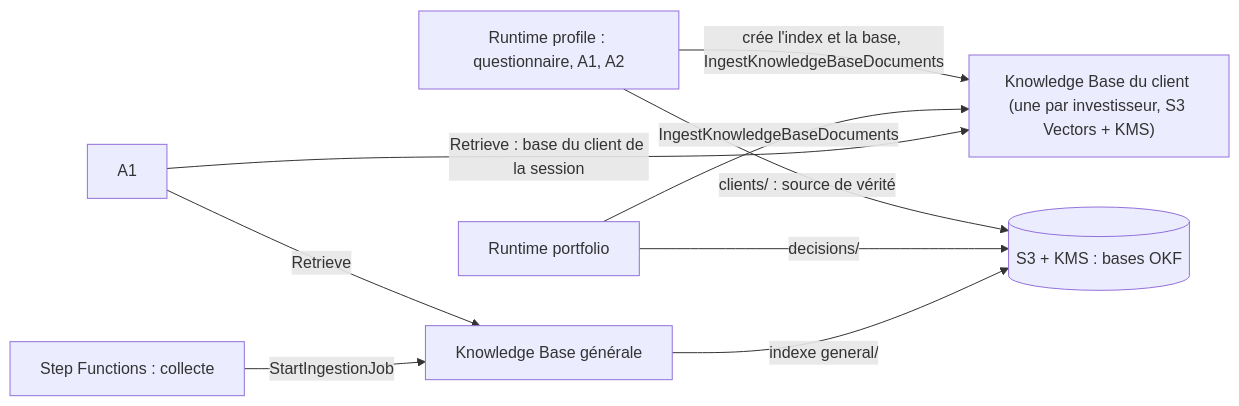
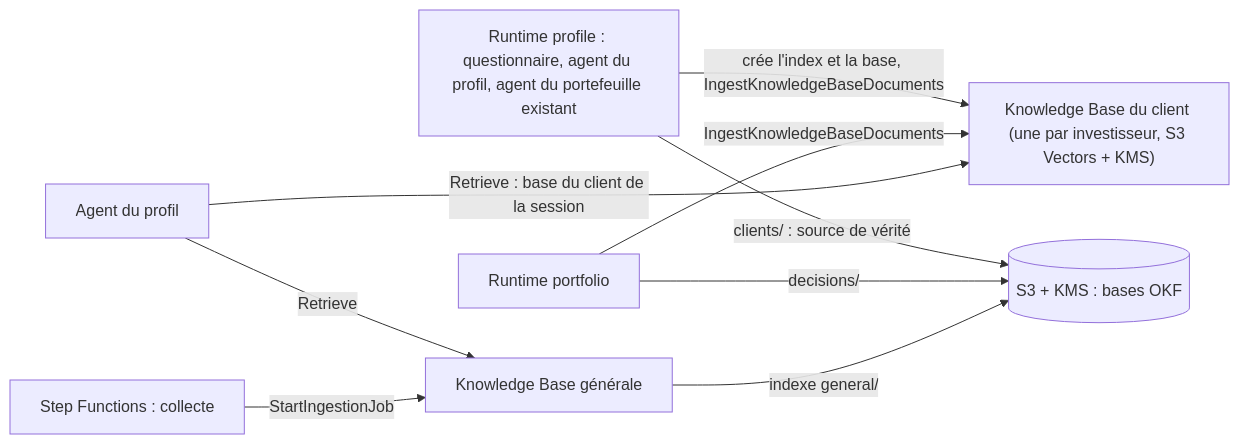
Before and after one commit to sf-bit24/alphaforge-polyfinances-2026: the diagram in README.md, drawn with Mermaid. The commit also changed other lines of this file and 7 other files, not shown here.

````diff
--- a/README.md
+++ b/README.md
@@ -37,11 +37,11 @@
 ```mermaid
 flowchart LR
-    P["Runtime profile : questionnaire, A1, A2"] -->|"clients/ : source de vérité"| S3[("S3 + KMS : bases OKF")]
+    P["Runtime profile : questionnaire, agent du profil, agent du portefeuille existant"] -->|"clients/ : source de vérité"| S3[("S3 + KMS : bases OKF")]
     PF["Runtime portfolio"] -->|"decisions/"| S3
     P -->|"crée l'index et la base, IngestKnowledgeBaseDocuments"| CKB["Knowledge Base du client (une par investisseur, S3 Vectors + KMS)"]
     PF -->|"IngestKnowledgeBaseDocuments"| CKB
-    A1["A1"] -->|"Retrieve : base du client de la session"| CKB
-    A1 -->|"Retrieve"| KB["Knowledge Base générale"]
+    AP["Agent du profil"] -->|"Retrieve : base du client de la session"| CKB
+    AP -->|"Retrieve"| KB["Knowledge Base générale"]
     SF["Step Functions : collecte"] -->|"StartIngestionJob"| KB
     KB -->|"indexe general/"| S3
 ```
````
